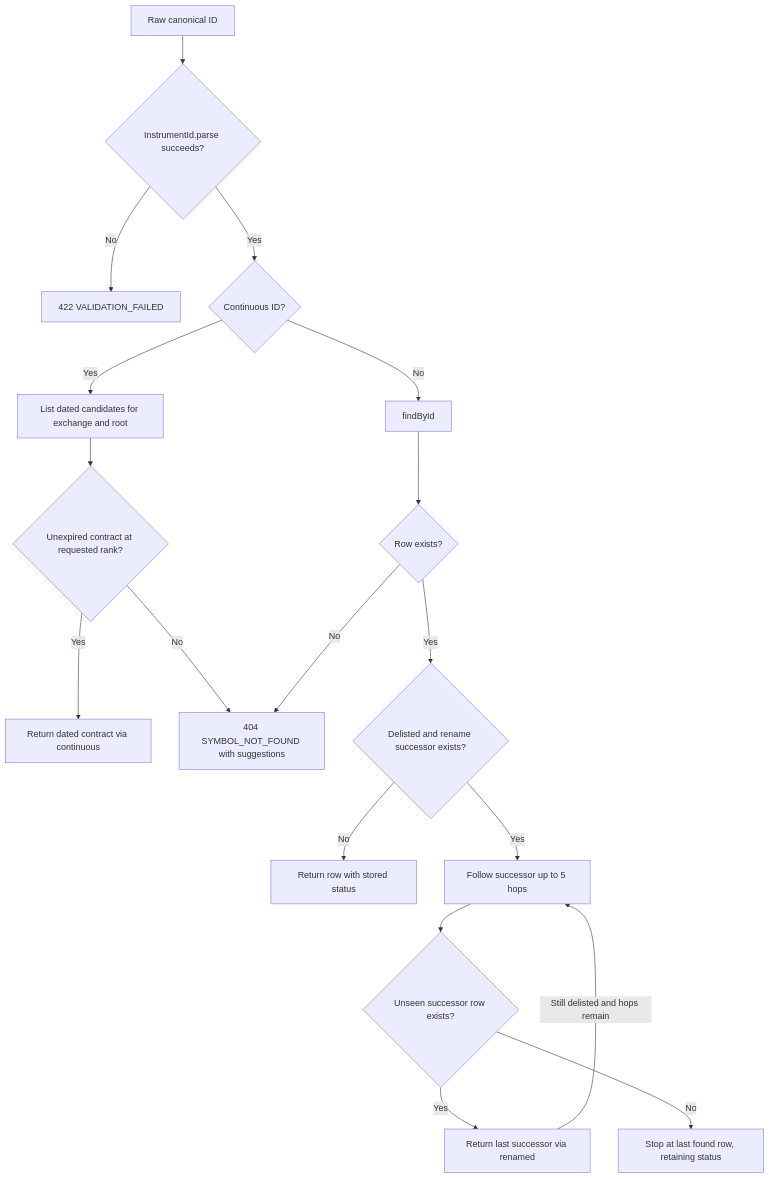
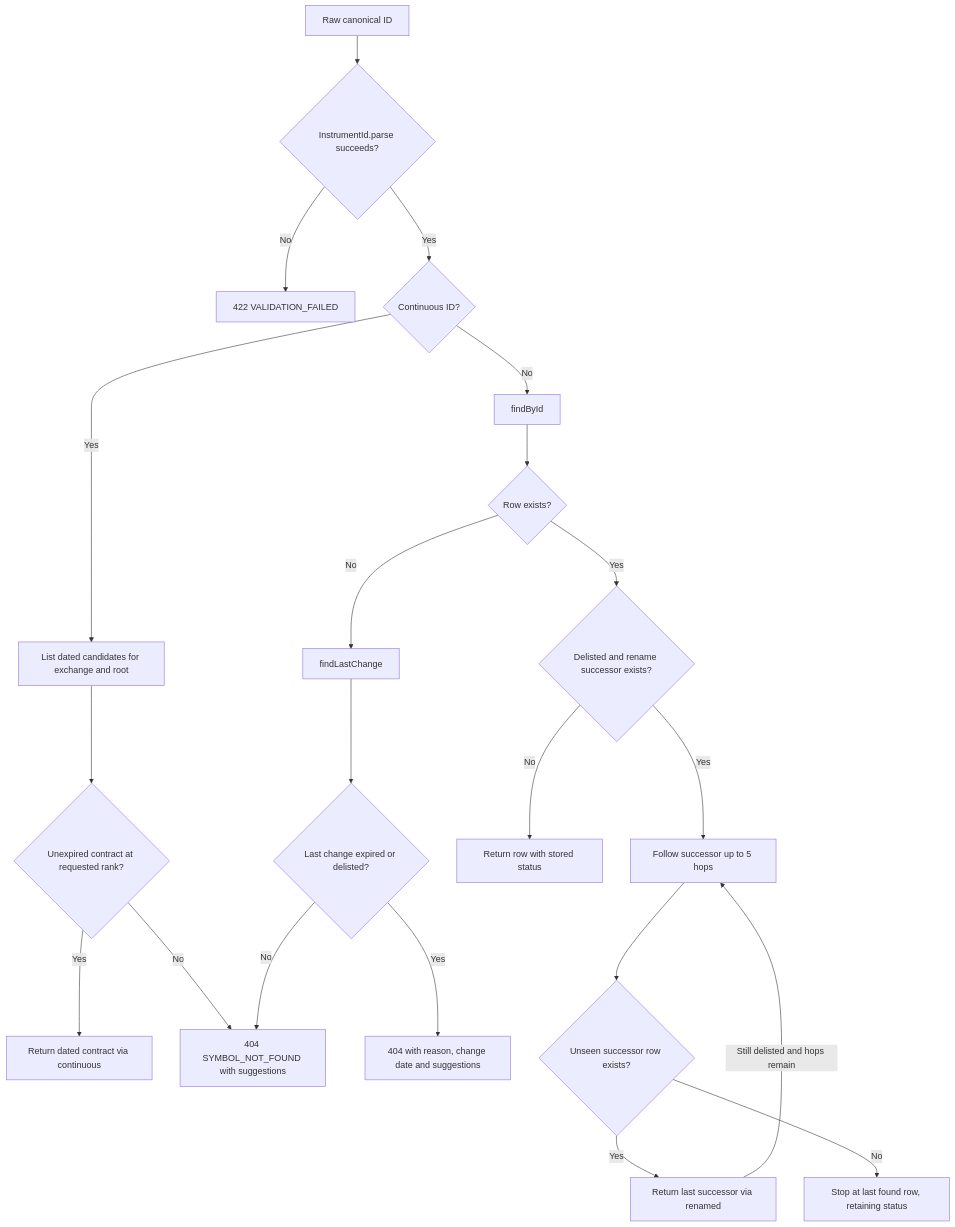
Before and after one commit to devrunch/ai-trader-2: the fourth of 7 diagrams in architecture/features/instruments/README.md, drawn with Mermaid. The commit also changed other lines of this file and 41 other files, not shown here.

````diff
--- a/architecture/features/instruments/README.md
+++ b/architecture/features/instruments/README.md
@@ -129,20 +129,23 @@
 ```mermaid
 flowchart TD
     A[Raw canonical ID] --> B{InstrumentId.parse succeeds?}
     B -->|No| V[422 VALIDATION_FAILED]
     B -->|Yes| C{Continuous ID?}
     C -->|Yes| D[List dated candidates for exchange and root]
     D --> E{Unexpired contract at requested rank?}
     E -->|Yes| F[Return dated contract via continuous]
     E -->|No| N[404 SYMBOL_NOT_FOUND with suggestions]
     C -->|No| G[findById]
     G --> H{Row exists?}
-    H -->|No| N
+    H -->|No| P[findLastChange]
+    P --> Q{Last change expired or delisted?}
+    Q -->|Yes| R[404 with reason, change date and suggestions]
+    Q -->|No| N
     H -->|Yes| I{Delisted and rename successor exists?}
     I -->|No| J[Return row with stored status]
     I -->|Yes| K[Follow successor up to 5 hops]
     K --> L{Unseen successor row exists?}
     L -->|Yes| M[Return last successor via renamed]
     M -->|Still delisted and hops remain| K
     L -->|No| O[Stop at last found row, retaining status]
 ```
````
